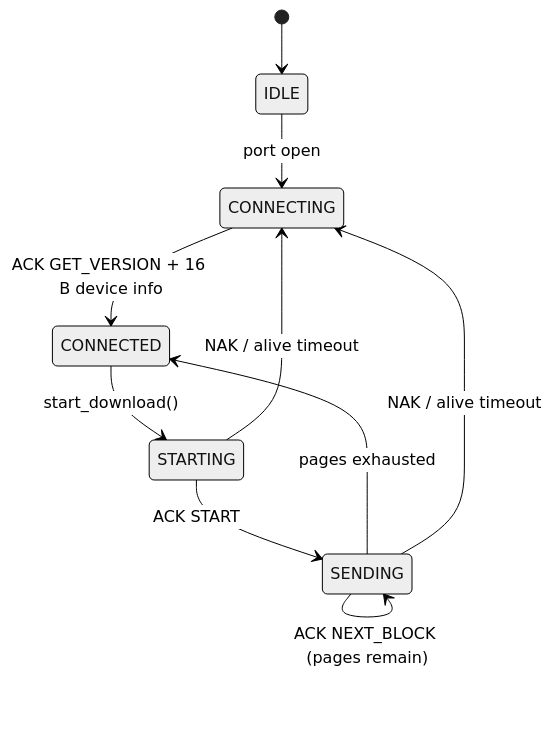
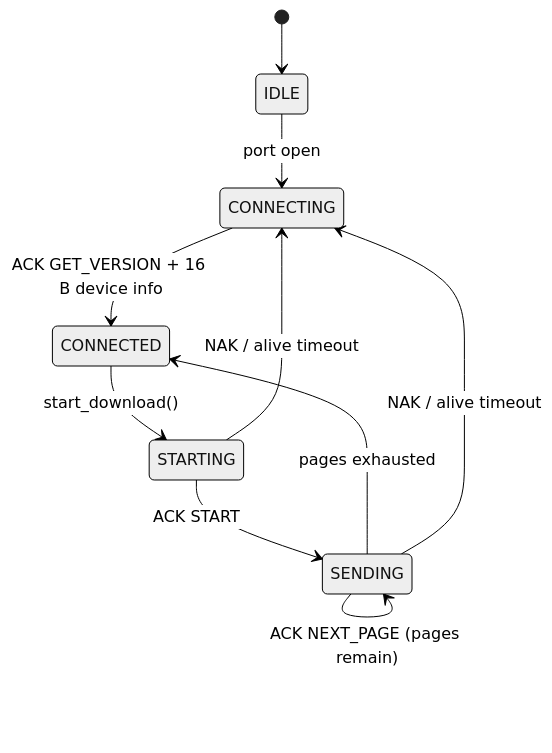
Before and after one commit to niwciu/SecureLoader: the second of 2 diagrams in docs/ARCHITECTURE.md, drawn with Mermaid (neutral theme). The commit also changed other lines of this file and 5 other files, not shown here.

````diff
--- a/docs/ARCHITECTURE.md
+++ b/docs/ARCHITECTURE.md
@@ -109,12 +109,12 @@
 ```mermaid
 stateDiagram-v2
     [*]        --> IDLE
     IDLE       --> CONNECTING : port open
     CONNECTING --> CONNECTED  : ACK GET_VERSION + 16 B device info
     CONNECTED  --> STARTING   : start_download()
     STARTING   --> SENDING    : ACK START
-    SENDING    --> SENDING    : ACK NEXT_BLOCK (pages remain)
+    SENDING    --> SENDING    : ACK NEXT_PAGE (pages remain)
     SENDING    --> CONNECTED  : pages exhausted
     STARTING   --> CONNECTING : NAK / alive timeout
     SENDING    --> CONNECTING : NAK / alive timeout
 ```
````
